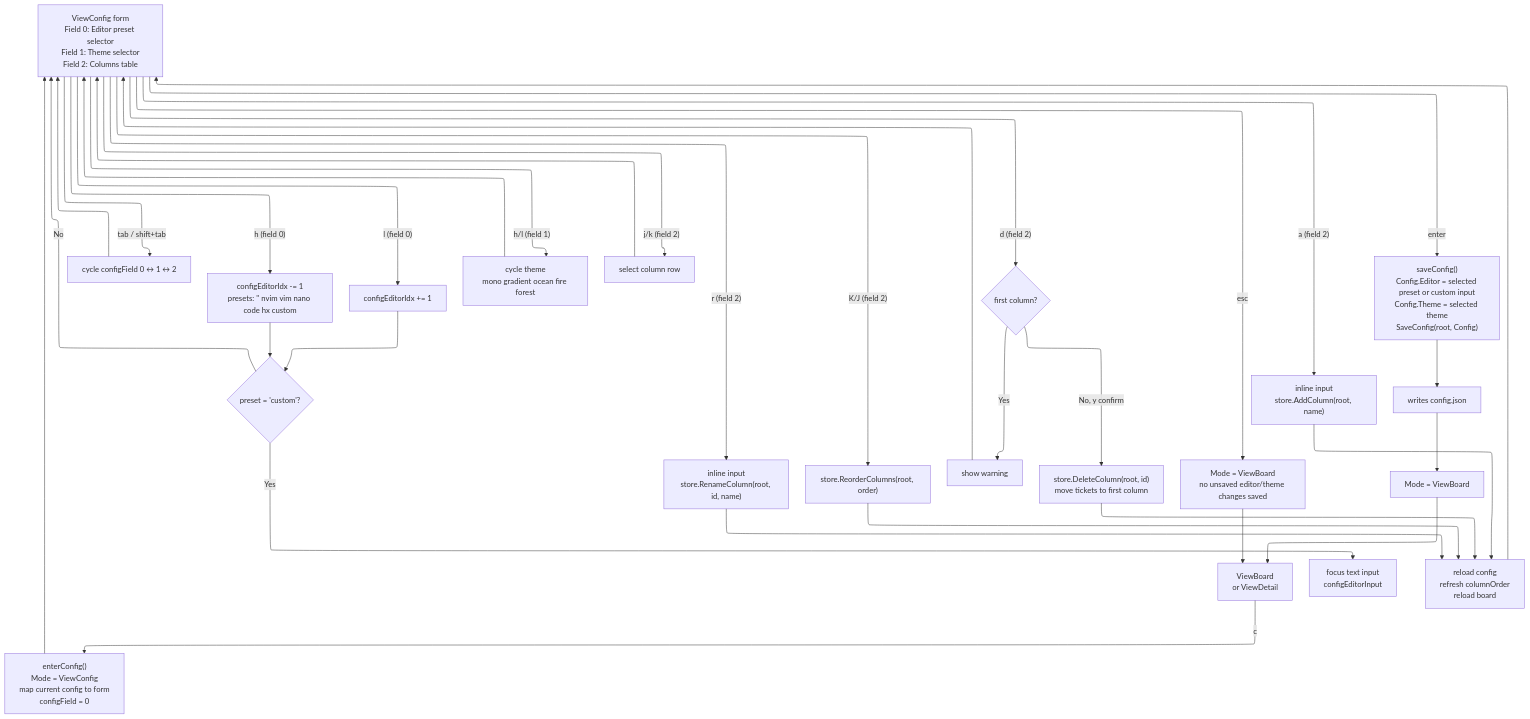
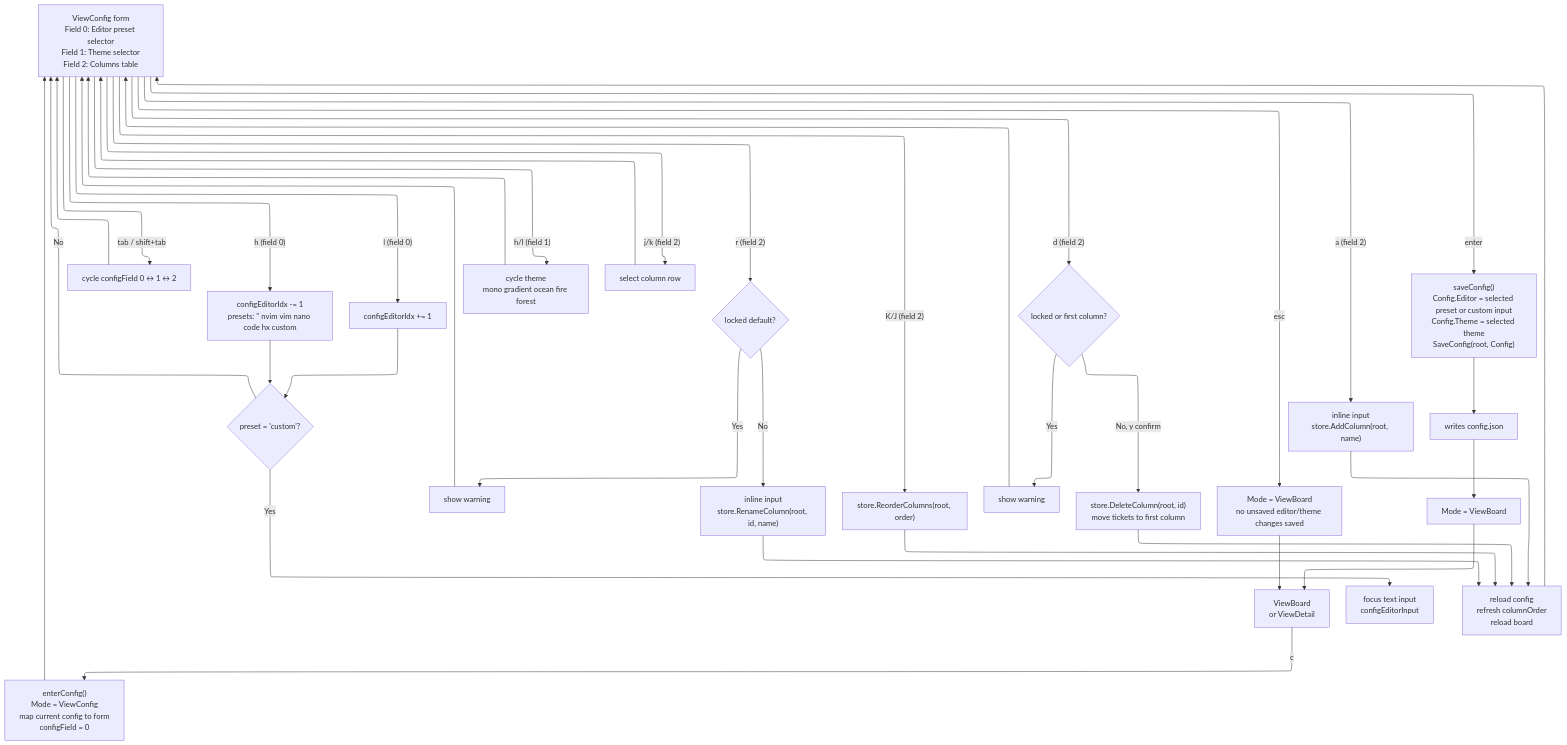
One commit to dawidsok/tickcats changed the first of 3 diagrams in docs/flows/configuration.md. Above: the diagram before and after it, drawn with Mermaid. The commit also changed 6 other files, not shown here.

````diff
--- a/docs/flows/configuration.md
+++ b/docs/flows/configuration.md
@@ -7,46 +7,49 @@
 ```mermaid
 %%{init: {"flowchart": {"defaultRenderer": "elk"}} }%%
 flowchart TD
     Board["ViewBoard\nor ViewDetail"] -->|"c"| Enter["enterConfig()\nMode = ViewConfig\nmap current config to form\nconfigField = 0"]
     Enter --> Form["ViewConfig form\nField 0: Editor preset selector\nField 1: Theme selector\nField 2: Columns table"]
 
     Form -->|"tab / shift+tab"| CycleField["cycle configField 0 ↔ 1 ↔ 2"]
     CycleField --> Form
 
     Form -->|"h (field 0)"| PrevEditor["configEditorIdx -= 1\npresets: '' nvim vim nano code hx custom"]
     Form -->|"l (field 0)"| NextEditor["configEditorIdx += 1"]
     PrevEditor --> CheckCustom{"preset = 'custom'?"}
     NextEditor --> CheckCustom
     CheckCustom -->|Yes| FocusInput["focus text input\nconfigEditorInput"]
     CheckCustom -->|No| Form
 
     Form -->|"h/l (field 1)"| CycleTheme["cycle theme\nmono gradient ocean fire forest"]
     CycleTheme --> Form
 
     Form -->|"j/k (field 2)"| SelectColumn["select column row"]
     SelectColumn --> Form
 
     Form -->|"a (field 2)"| AddColumn["inline input\nstore.AddColumn(root, name)"]
     AddColumn --> RefreshColumns["reload config\nrefresh columnOrder\nreload board"]
     RefreshColumns --> Form
 
-    Form -->|"r (field 2)"| RenameColumn["inline input\nstore.RenameColumn(root, id, name)"]
-    RenameColumn --> RefreshColumns
+    Form -->|"r (field 2)"| RenameColumn{"locked default?"}
+    RenameColumn -->|Yes| BlockRename["show warning"]
+    BlockRename --> Form
+    RenameColumn -->|No| RenameStore["inline input\nstore.RenameColumn(root, id, name)"]
+    RenameStore --> RefreshColumns
 
     Form -->|"K/J (field 2)"| ReorderColumn["store.ReorderColumns(root, order)"]
     ReorderColumn --> RefreshColumns
 
-    Form -->|"d (field 2)"| DeleteColumn{"first column?"}
+    Form -->|"d (field 2)"| DeleteColumn{"locked or first column?"}
     DeleteColumn -->|Yes| BlockDelete["show warning"]
     BlockDelete --> Form
     DeleteColumn -->|No, y confirm| DeleteStore["store.DeleteColumn(root, id)\nmove tickets to first column"]
     DeleteStore --> RefreshColumns
 
     Form -->|"esc"| Discard["Mode = ViewBoard\nno unsaved editor/theme changes saved"]
     Discard --> Board
 
     Form -->|"enter"| Save["saveConfig()\nConfig.Editor = selected preset or custom input\nConfig.Theme = selected theme\nSaveConfig(root, Config)"]
     Save --> WriteConfig["writes config.json"]
     WriteConfig --> Return["Mode = ViewBoard"]
     Return --> Board
 ```
````
